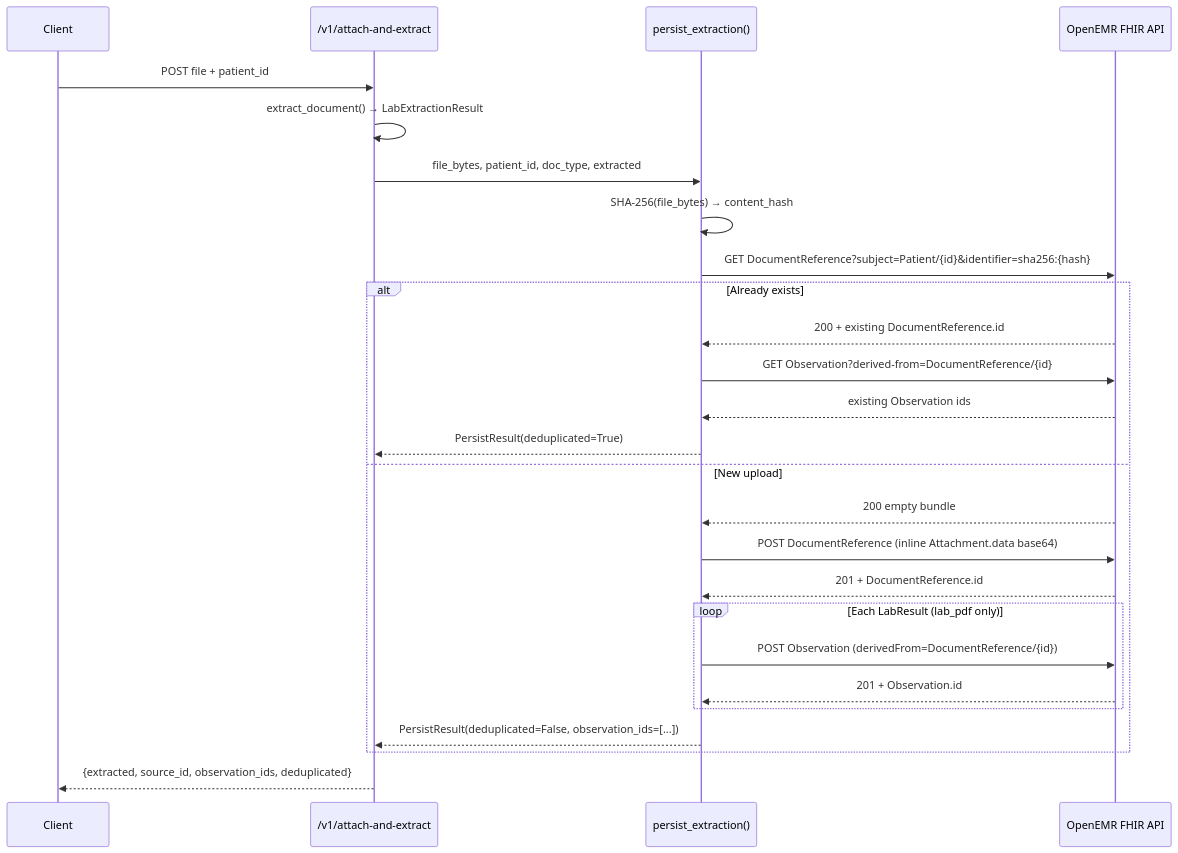
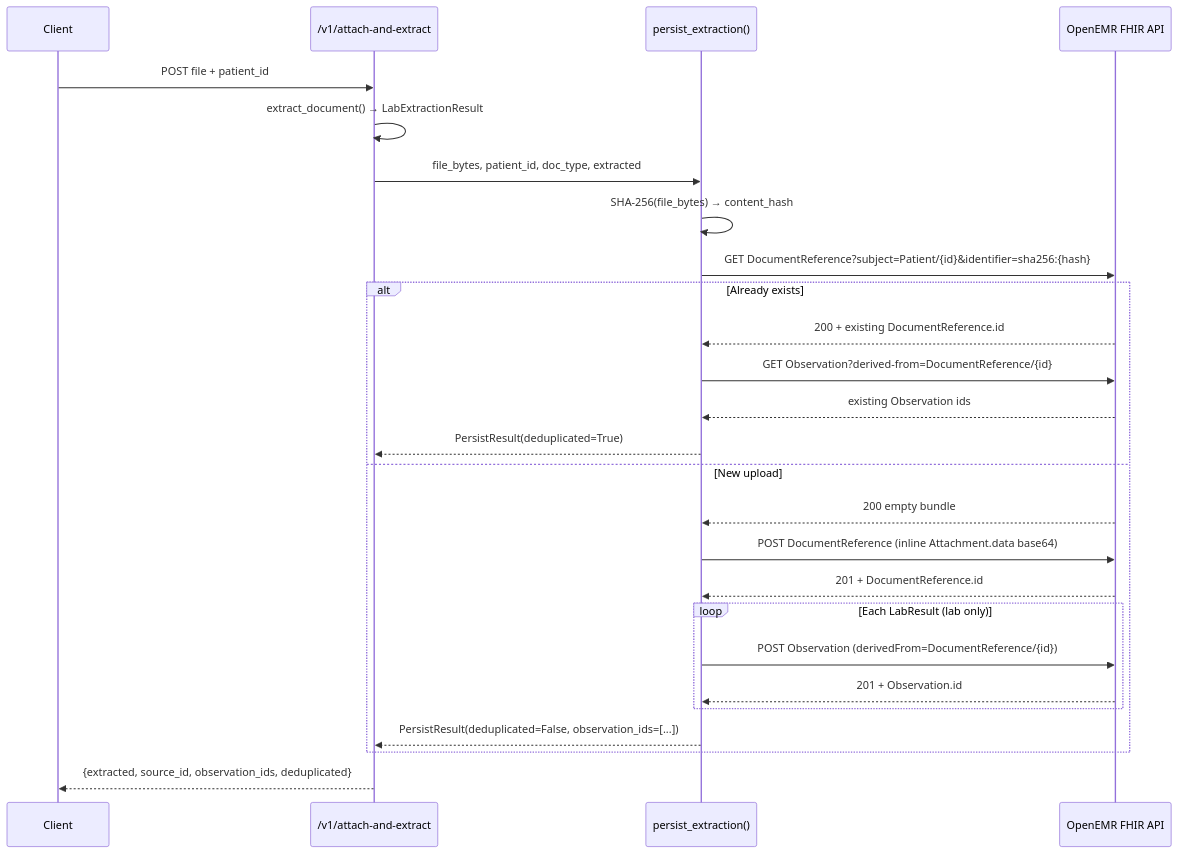
The third of 3 diagrams in W2_ARCHITECTURE.md (dhairyasurana007/openemr), drawn with Mermaid before and after one commit. The commit also changed other lines of this file and 17 other files, not shown here.

Commit message:
Removed lab_pdf completely

````diff
--- a/W2_ARCHITECTURE.md
+++ b/W2_ARCHITECTURE.md
@@ -192,29 +192,29 @@
 ```mermaid
 sequenceDiagram
     participant Client
     participant API as /v1/attach-and-extract
     participant Persist as persist_extraction()
     participant FHIR as OpenEMR FHIR API
 
     Client->>API: POST file + patient_id
     API->>API: extract_document() → LabExtractionResult
     API->>Persist: file_bytes, patient_id, doc_type, extracted
     Persist->>Persist: SHA-256(file_bytes) → content_hash
     Persist->>FHIR: GET DocumentReference?subject=Patient/{id}&identifier=sha256:{hash}
     alt Already exists
         FHIR-->>Persist: 200 + existing DocumentReference.id
         Persist->>FHIR: GET Observation?derived-from=DocumentReference/{id}
         FHIR-->>Persist: existing Observation ids
         Persist-->>API: PersistResult(deduplicated=True)
     else New upload
         FHIR-->>Persist: 200 empty bundle
         Persist->>FHIR: POST DocumentReference (inline Attachment.data base64)
         FHIR-->>Persist: 201 + DocumentReference.id
-        loop Each LabResult (lab_pdf only)
+        loop Each LabResult (lab only)
             Persist->>FHIR: POST Observation (derivedFrom=DocumentReference/{id})
             FHIR-->>Persist: 201 + Observation.id
         end
         Persist-->>API: PersistResult(deduplicated=False, observation_ids=[...])
     end
     API-->>Client: {extracted, source_id, observation_ids, deduplicated}
 ```
````
